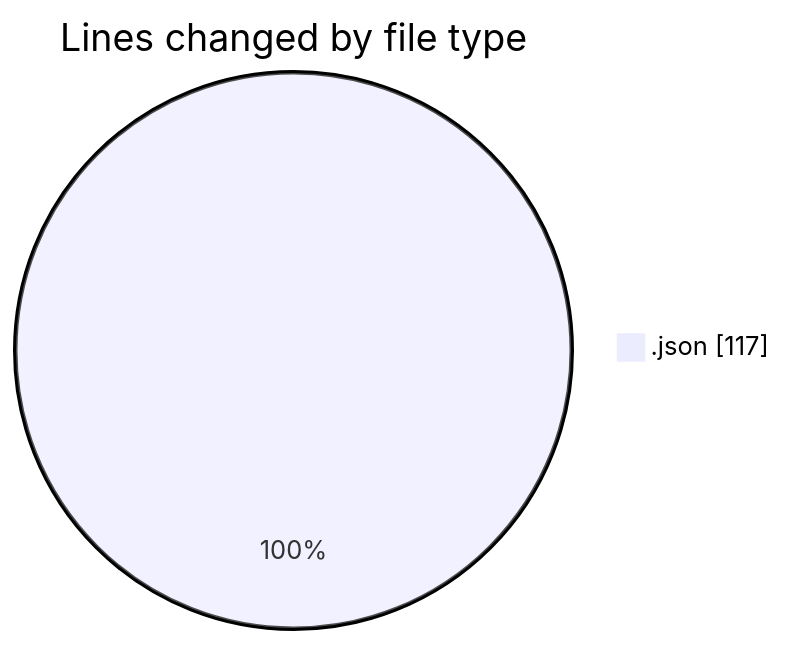
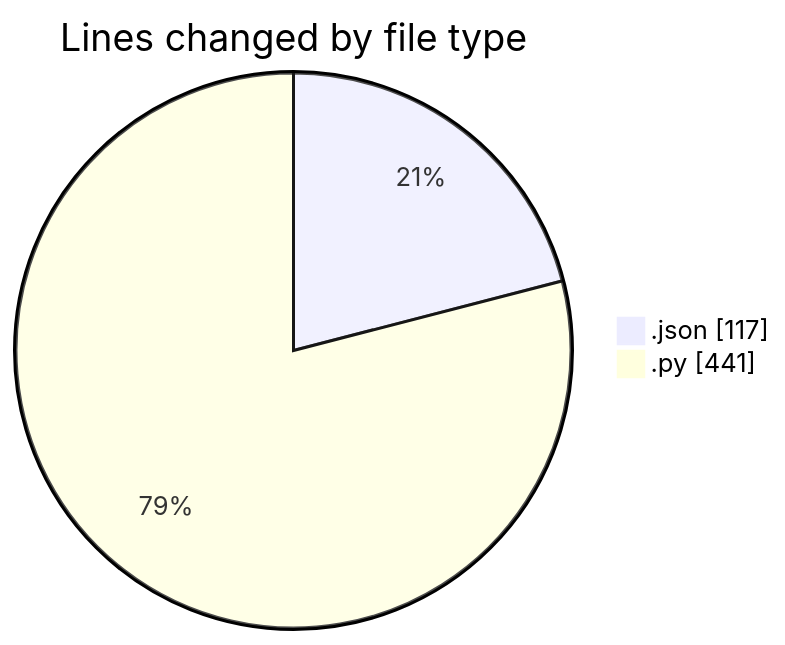
One commit to EIIisD/code-tracking changed the first of 2 diagrams in 2025-08-23/_claude/README.md. Above: the diagram before and after it, drawn with Mermaid. The commit also changed other lines of this file and 1 other file, not shown here.

````diff
--- a/2025-08-23/_claude/README.md
+++ b/2025-08-23/_claude/README.md
@@ -20,5 +21,6 @@
 ```mermaid
 pie showData
 title Lines changed by file type
 ".json" : 117
+".py" : 441
 ```
````
